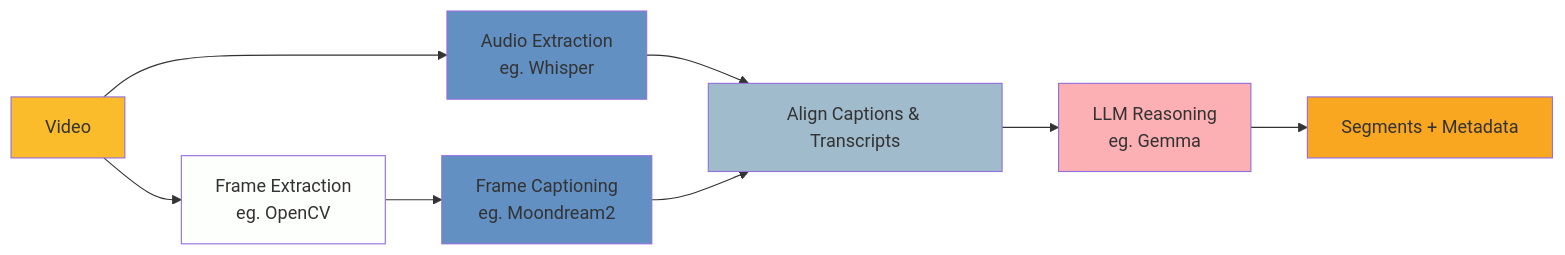
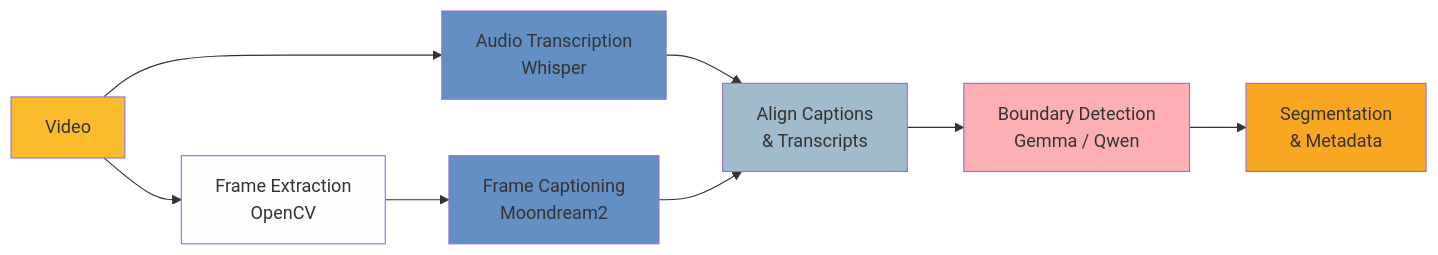
Before and after one commit to kingsdigitallab/issa: the diagram in prototypes/segment/README.md, drawn with Mermaid.

Commit message:
docs(segment): Update pipeline flowchart

````diff
--- a/prototypes/segment/README.md
+++ b/prototypes/segment/README.md
@@ -34,18 +34,18 @@
 ```mermaid
 flowchart LR
-    A[Video] --> B[Frame Extraction<br/>eg. OpenCV]
-    A --> C[Audio Extraction<br/>eg. Whisper]
-    B --> D[Frame Captioning<br/>eg. Moondream2]
-    C --> G[Align Captions & Transcripts]
+    A[Video] --> B[Frame Extraction<br/>OpenCV]
+    A --> C[Audio Transcription<br/>Whisper]
+    B --> D[Frame Captioning<br/>Moondream2]
+    C --> G[Align Captions<br/>& Transcripts]
     D --> G
-    G --> E[LLM Reasoning<br/>eg. Gemma]
-    E --> F[Segments + Metadata]
+    G --> H[Boundary Detection<br/>Gemma / Qwen]
+    H --> I[Segmentation<br/>& Metadata]
 
     style A fill:#FABC2A
     style B fill:#FDFFFC
     style C fill:#6290C3
     style D fill:#6290C3
-    style E fill:#FCB0B3
-    style F fill:#F9A620
     style G fill:#9FBBCC
+    style H fill:#FCB0B3
+    style I fill:#F9A620
 ```
````
